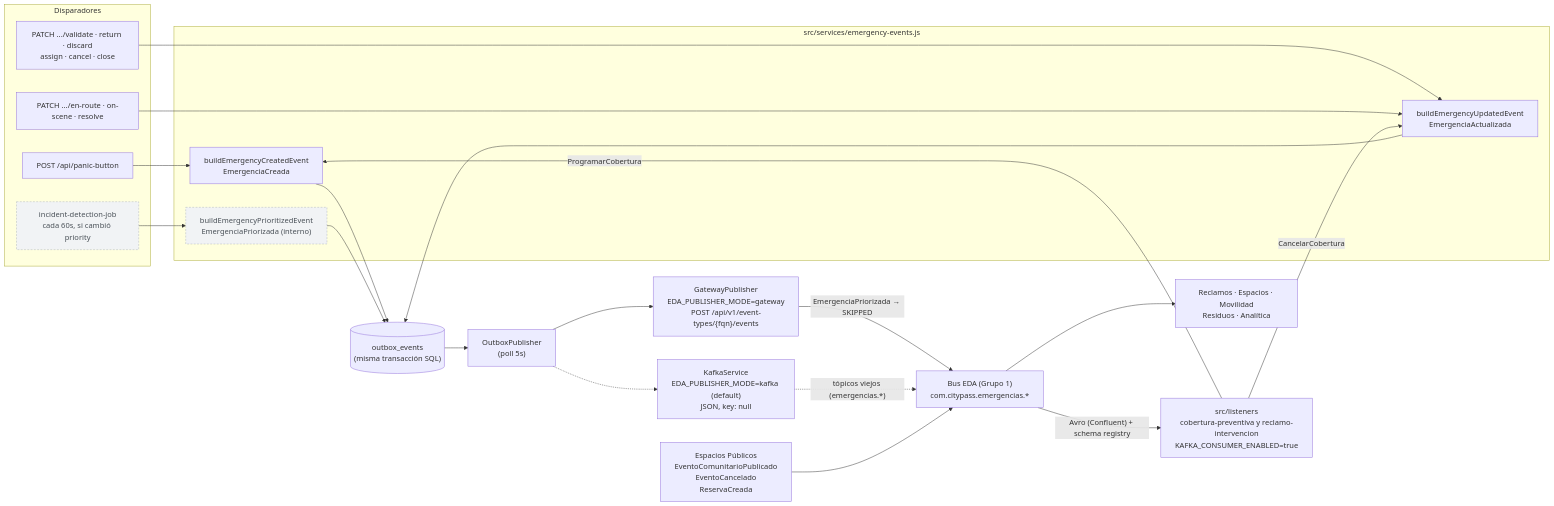
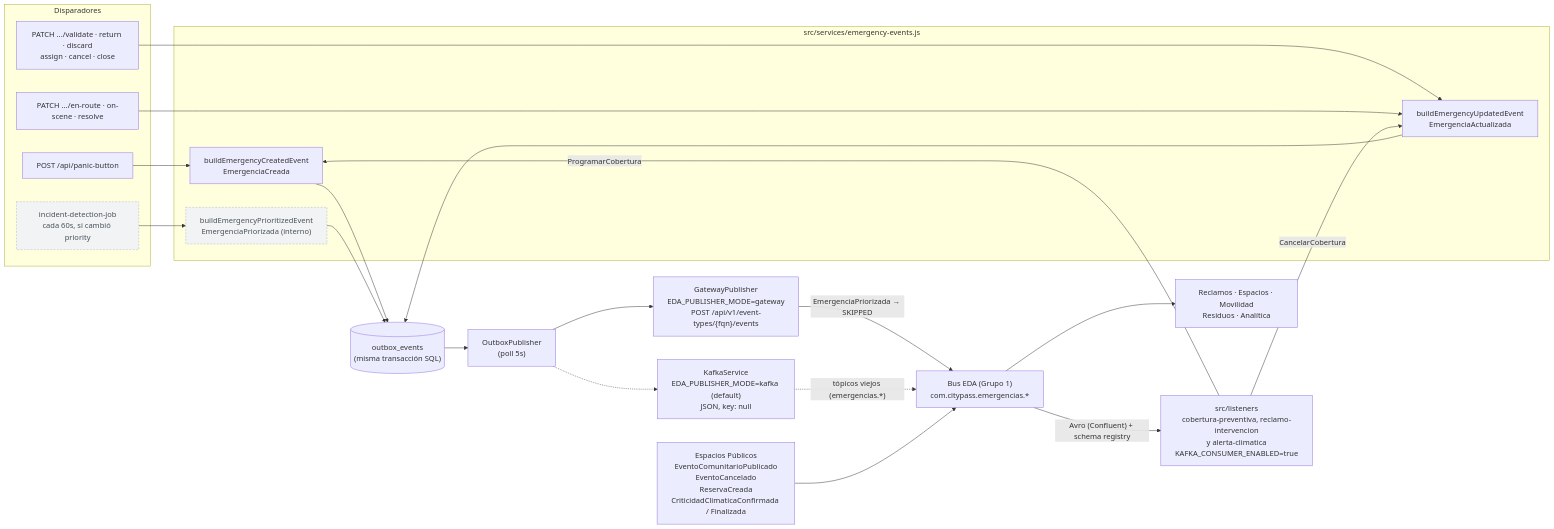
One commit to G6D2/emergencias-backend changed the diagram in docs/diagramas/06-eventos.md. Above: the diagram before and after it, drawn with Mermaid. The commit also changed other lines of this file and 26 other files, not shown here.

First line of the commit message:
feat(alerta-climatica): responder a las alertas climáticas de Espacios (ADR #39) (#122)

````diff
--- a/docs/diagramas/06-eventos.md
+++ b/docs/diagramas/06-eventos.md
@@ -11,48 +11,48 @@
 ```mermaid
 flowchart LR
     subgraph triggers["Disparadores"]
         t1["POST /api/panic-button"]
         t2["PATCH .../validate · return · discard<br/>assign · cancel · close"]
         t3["PATCH .../en-route · on-scene · resolve"]
         t4["incident-detection-job<br/>cada 60s, si cambió priority"]:::internal
     end
 
     subgraph builders["src/services/emergency-events.js"]
         e1["buildEmergencyCreatedEvent<br/>EmergenciaCreada"]
         e2["buildEmergencyUpdatedEvent<br/>EmergenciaActualizada"]
         e3["buildEmergencyPrioritizedEvent<br/>EmergenciaPriorizada (interno)"]:::internal
     end
 
     outbox[("outbox_events<br/>(misma transacción SQL)")]
     pub["OutboxPublisher<br/>(poll 5s)"]
     gw["GatewayPublisher<br/>EDA_PUBLISHER_MODE=gateway<br/>POST /api/v1/event-types/{fqn}/events"]
     kafkaDirect["KafkaService<br/>EDA_PUBLISHER_MODE=kafka (default)<br/>JSON, key: null"]
     bus["Bus EDA (Grupo 1)<br/>com.citypass.emergencias.*"]
     consumers["Reclamos · Espacios · Movilidad<br/>Residuos · Analítica"]
 
-    espacios["Espacios Públicos<br/>EventoComunitarioPublicado<br/>EventoCancelado<br/>ReservaCreada"]
-    listeners["src/listeners<br/>cobertura-preventiva y reclamo-intervencion<br/>KAFKA_CONSUMER_ENABLED=true"]
+    espacios["Espacios Públicos<br/>EventoComunitarioPublicado<br/>EventoCancelado<br/>ReservaCreada<br/>CriticidadClimaticaConfirmada / Finalizada"]
+    listeners["src/listeners<br/>cobertura-preventiva, reclamo-intervencion<br/>y alerta-climatica<br/>KAFKA_CONSUMER_ENABLED=true"]
 
     t1 --> e1
     t2 --> e2
     t3 --> e2
     t4 --> e3
     listeners -->|"ProgramarCobertura"| e1
     listeners -->|"CancelarCobertura"| e2
 
     e1 --> outbox
     e2 --> outbox
     e3 --> outbox
 
     outbox --> pub
     pub --> gw
     pub -.-> kafkaDirect
     gw -->|"EmergenciaPriorizada → SKIPPED"| bus
     kafkaDirect -.->|"tópicos viejos (emergencias.*)"| bus
     bus --> consumers
 
     espacios --> bus
     bus -->|"Avro (Confluent) + schema registry"| listeners
 
     classDef internal fill:#f1f3f5,stroke:#adb5bd,color:#495057,stroke-width:1px,stroke-dasharray: 4 3;
 ```
````
